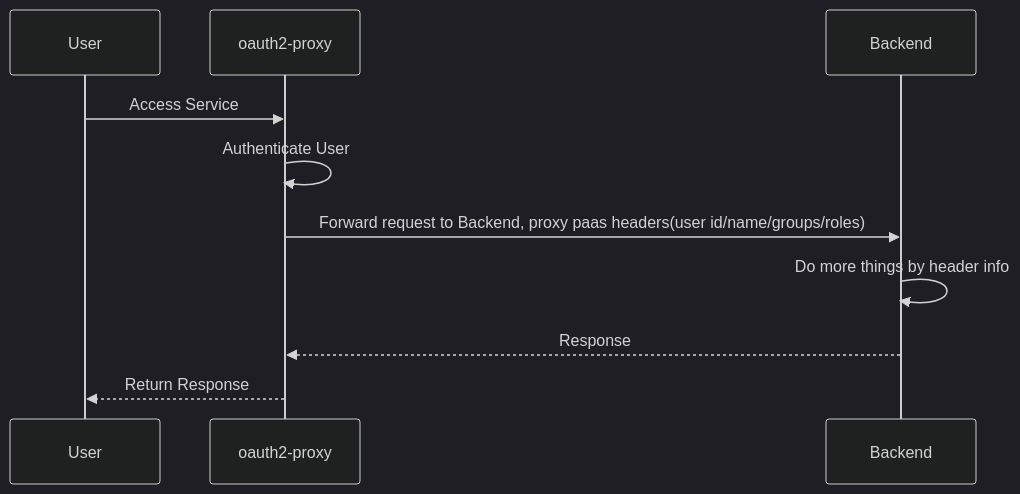
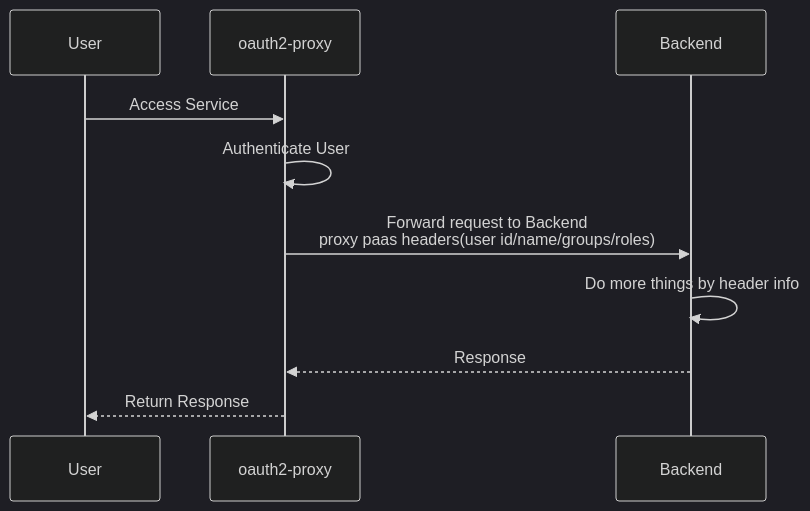
The first of 3 diagrams in content/blog/traefik-ingress-with-oauth2-proxy.md (xlabs-club/xlabs-club.github.io), drawn with Mermaid (dark theme) before and after one commit. The commit also changed other lines of this file and 5 other files, not shown here.

````diff
--- a/content/blog/traefik-ingress-with-oauth2-proxy.md
+++ b/content/blog/traefik-ingress-with-oauth2-proxy.md
@@ -58,13 +64,15 @@
 ```mermaid
+
 sequenceDiagram
     participant User
     participant oauth2-proxy
     participant Backend
 
     User->>oauth2-proxy: Access Service
     oauth2-proxy->>oauth2-proxy: Authenticate User
-    oauth2-proxy->>Backend: Forward request to Backend, proxy paas headers(user id/name/groups/roles)
+    oauth2-proxy->>Backend: Forward request to Backend <br> proxy paas headers(user id/name/groups/roles)
     Backend->>Backend: Do more things by header info
     Backend-->>oauth2-proxy: Response
     oauth2-proxy-->>User: Return Response
+
 ```
````
